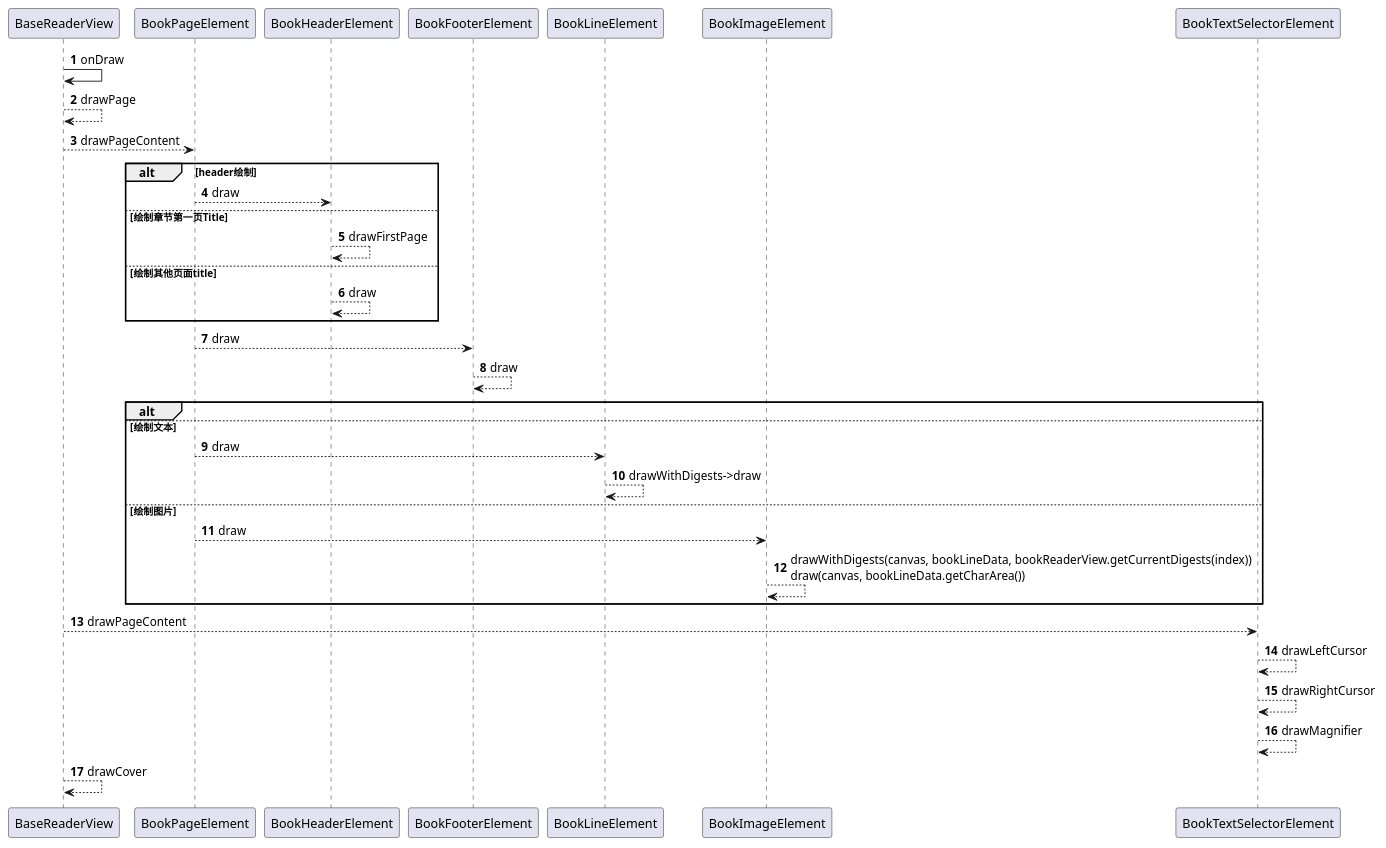
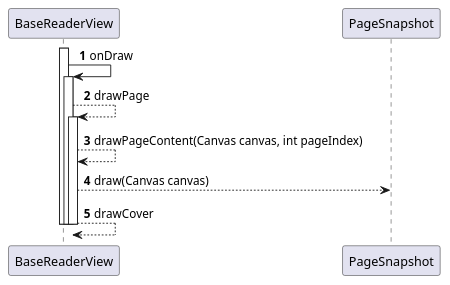
One commit to yufns/uml changed the diagram in uml/module/reader/reader_ondraw.puml. Above: the diagram before and after it, drawn with PlantUML. The commit also changed 2 other files, not shown here.

```diff
--- a/uml/module/reader/reader_ondraw.puml
+++ b/uml/module/reader/reader_ondraw.puml
@@ -1,40 +1,17 @@
 @startuml
 autonumber
+activate BaseReaderView
 BaseReaderView -> BaseReaderView: onDraw
+activate BaseReaderView
 BaseReaderView --> BaseReaderView: drawPage
-
-BaseReaderView --> BookPageElement: drawPageContent
-
-alt header绘制
-BookPageElement --> BookHeaderElement : draw
-else 绘制章节第一页Title
-BookHeaderElement --> BookHeaderElement : drawFirstPage
-else 绘制其他页面title
-BookHeaderElement --> BookHeaderElement : draw
-end
-
-BookPageElement --> BookFooterElement : draw
-BookFooterElement --> BookFooterElement : draw
-
-alt
-else 绘制文本
-BookPageElement --> BookLineElement : draw
-BookLineElement --> BookLineElement : drawWithDigests->draw
-
-else 绘制图片
-BookPageElement --> BookImageElement : draw
-BookImageElement --> BookImageElement : drawWithDigests(canvas, bookLineData, bookReaderView.getCurrentDigests(index))\ndraw(canvas, bookLineData.getCharArea())
-end
-
-
-
-BaseReaderView --> BookTextSelectorElement : drawPageContent
-BookTextSelectorElement --> BookTextSelectorElement : drawLeftCursor
-BookTextSelectorElement --> BookTextSelectorElement : drawRightCursor
-BookTextSelectorElement --> BookTextSelectorElement : drawMagnifier
-
+activate BaseReaderView
+BaseReaderView --> BaseReaderView: drawPageContent(Canvas canvas, int pageIndex)
+BaseReaderView --> PageSnapshot: draw(Canvas canvas)
 BaseReaderView --> BaseReaderView: drawCover
+deactivate BaseReaderView
+deactivate BaseReaderView
+deactivate BaseReaderView
 
 
 
 @enduml
```
